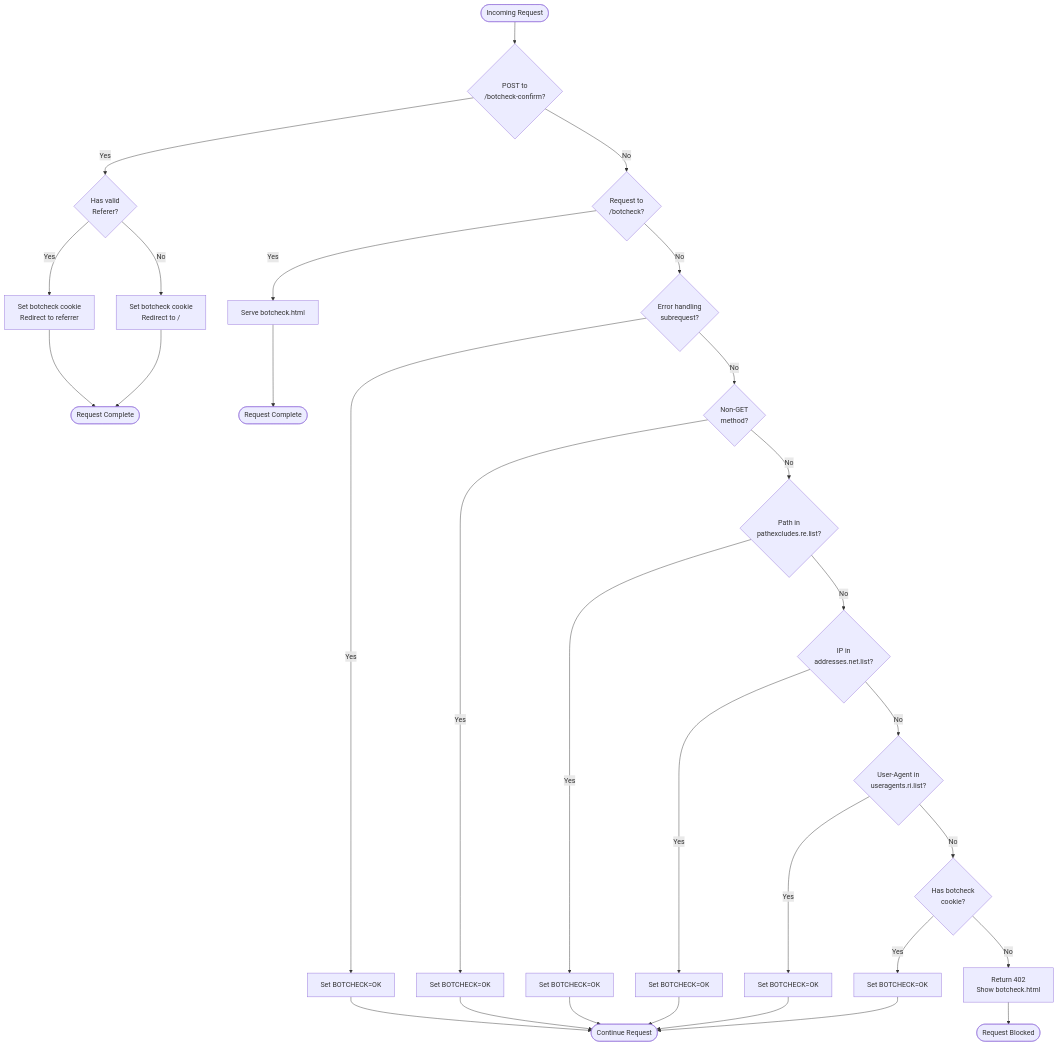
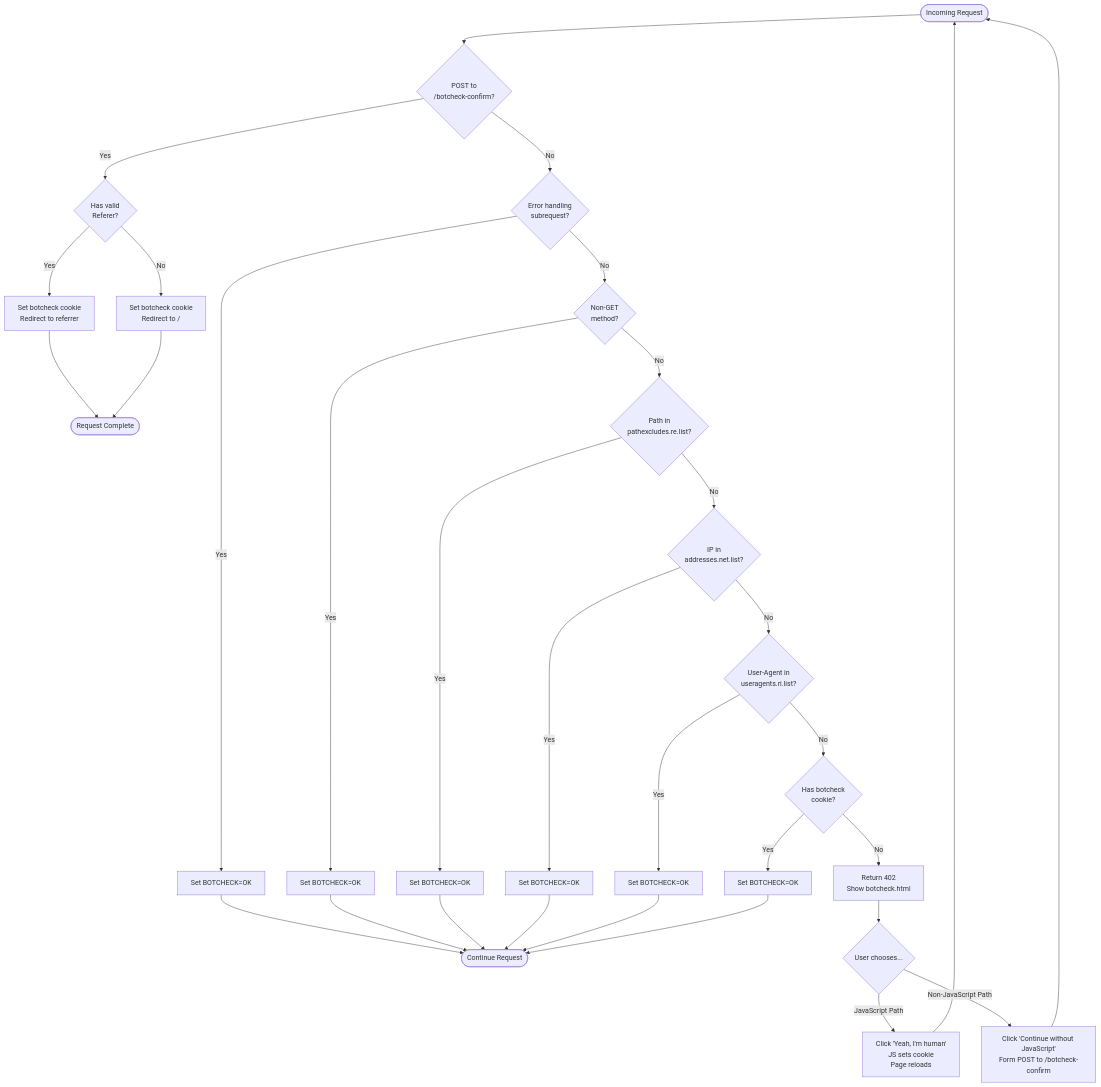
One commit to splitbrain/botcheck changed the diagram in README.md. Above: the diagram before and after it, drawn with Mermaid.

Commit message:
Update diagram to show JavaScript vs non-JavaScript confirmation paths

````diff
--- a/README.md
+++ b/README.md
@@ -18,40 +18,42 @@
 ```mermaid
 flowchart TD
     Start([Incoming Request]) --> CheckConfirm{POST to<br/>/botcheck-confirm?}
     CheckConfirm -->|Yes| CheckReferer{Has valid<br/>Referer?}
     CheckReferer -->|Yes| SetCookie1[Set botcheck cookie<br/>Redirect to referrer]
     CheckReferer -->|No| SetCookie2[Set botcheck cookie<br/>Redirect to /]
     SetCookie1 --> End1([Request Complete])
     SetCookie2 --> End1
     
-    CheckConfirm -->|No| CheckBotcheckPage{Request to<br/>/botcheck?}
-    CheckBotcheckPage -->|Yes| ServePage[Serve botcheck.html]
-    ServePage --> End2([Request Complete])
-    
-    CheckBotcheckPage -->|No| CheckRedirect{Error handling<br/>subrequest?}
+    CheckConfirm -->|No| CheckRedirect{Error handling<br/>subrequest?}
     CheckRedirect -->|Yes| Allow1[Set BOTCHECK=OK]
     Allow1 --> Allow([Continue Request])
     
     CheckRedirect -->|No| CheckMethod{Non-GET<br/>method?}
     CheckMethod -->|Yes| Allow2[Set BOTCHECK=OK]
     Allow2 --> Allow
     
     CheckMethod -->|No| CheckPath{Path in<br/>pathexcludes.re.list?}
     CheckPath -->|Yes| Allow3[Set BOTCHECK=OK]
     Allow3 --> Allow
     
     CheckPath -->|No| CheckIP{IP in<br/>addresses.net.list?}
     CheckIP -->|Yes| Allow4[Set BOTCHECK=OK]
     Allow4 --> Allow
     
     CheckIP -->|No| CheckUA{User-Agent in<br/>useragents.ri.list?}
     CheckUA -->|Yes| Allow5[Set BOTCHECK=OK]
     Allow5 --> Allow
     
     CheckUA -->|No| CheckCookie{Has botcheck<br/>cookie?}
     CheckCookie -->|Yes| Allow6[Set BOTCHECK=OK]
     Allow6 --> Allow
     
     CheckCookie -->|No| Deny[Return 402<br/>Show botcheck.html]
-    Deny --> End3([Request Blocked])
+    Deny --> UserChoice{User chooses...}
+    
+    UserChoice -->|JavaScript Path| JSClick[Click 'Yeah, I'm human'<br/>JS sets cookie<br/>Page reloads]
+    JSClick --> Start
+    
+    UserChoice -->|Non-JavaScript Path| NoJSClick[Click 'Continue without JavaScript'<br/>Form POST to /botcheck-confirm]
+    NoJSClick --> Start
 ```
````
